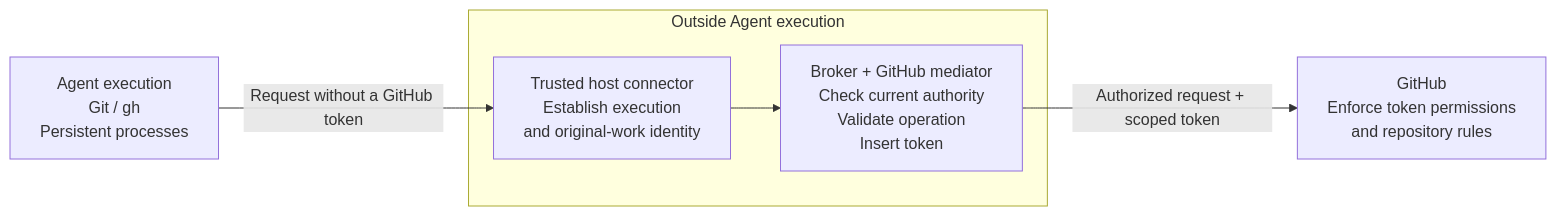
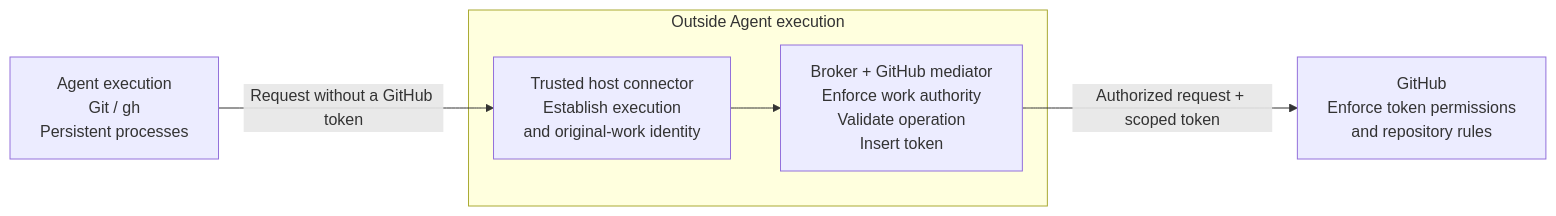
Before and after one commit to openclaw/rfcs: the diagram in rfcs/0034-github-app-credentials.md, drawn with Mermaid. The commit also changed other lines of this file and 4 other files, not shown here.

````diff
--- a/rfcs/0034-github-app-credentials.md
+++ b/rfcs/0034-github-app-credentials.md
@@ -73,16 +73,16 @@
 ```mermaid
 flowchart LR
     AGENT["Agent execution<br/>Git / gh<br/>Persistent processes"]
 
     subgraph TRUSTED["Outside Agent execution"]
         CONNECTOR["Trusted host connector<br/>Establish execution<br/>and original-work identity"]
-        PROXY["Broker + GitHub mediator<br/>Check current authority<br/>Validate operation<br/>Insert token"]
+        PROXY["Broker + GitHub mediator<br/>Enforce work authority<br/>Validate operation<br/>Insert token"]
 
         CONNECTOR --> PROXY
     end
 
     GITHUB["GitHub<br/>Enforce token permissions<br/>and repository rules"]
 
     AGENT -->|"Request without a GitHub token"| CONNECTOR
     PROXY -->|"Authorized request + scoped token"| GITHUB
 ```
````
